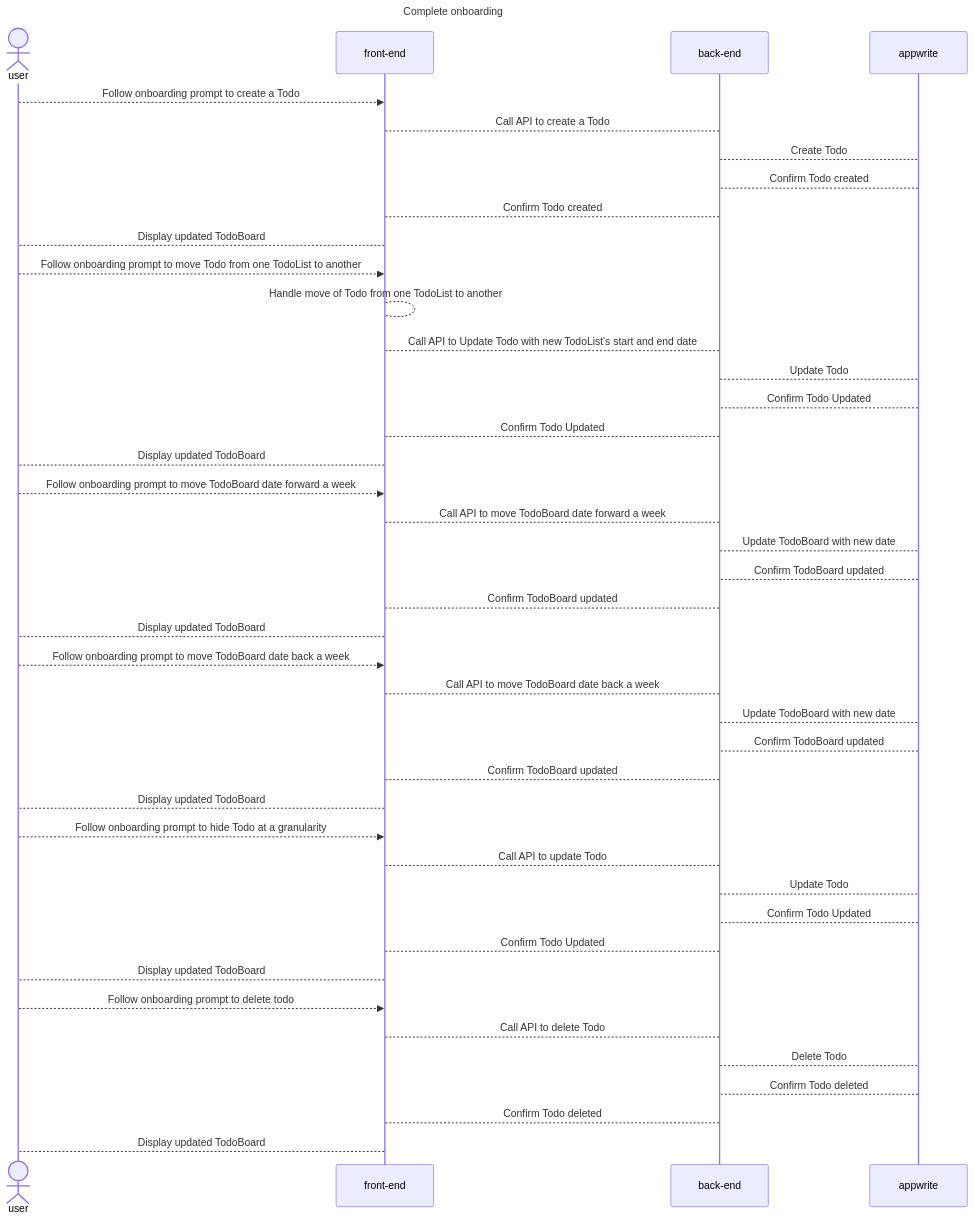
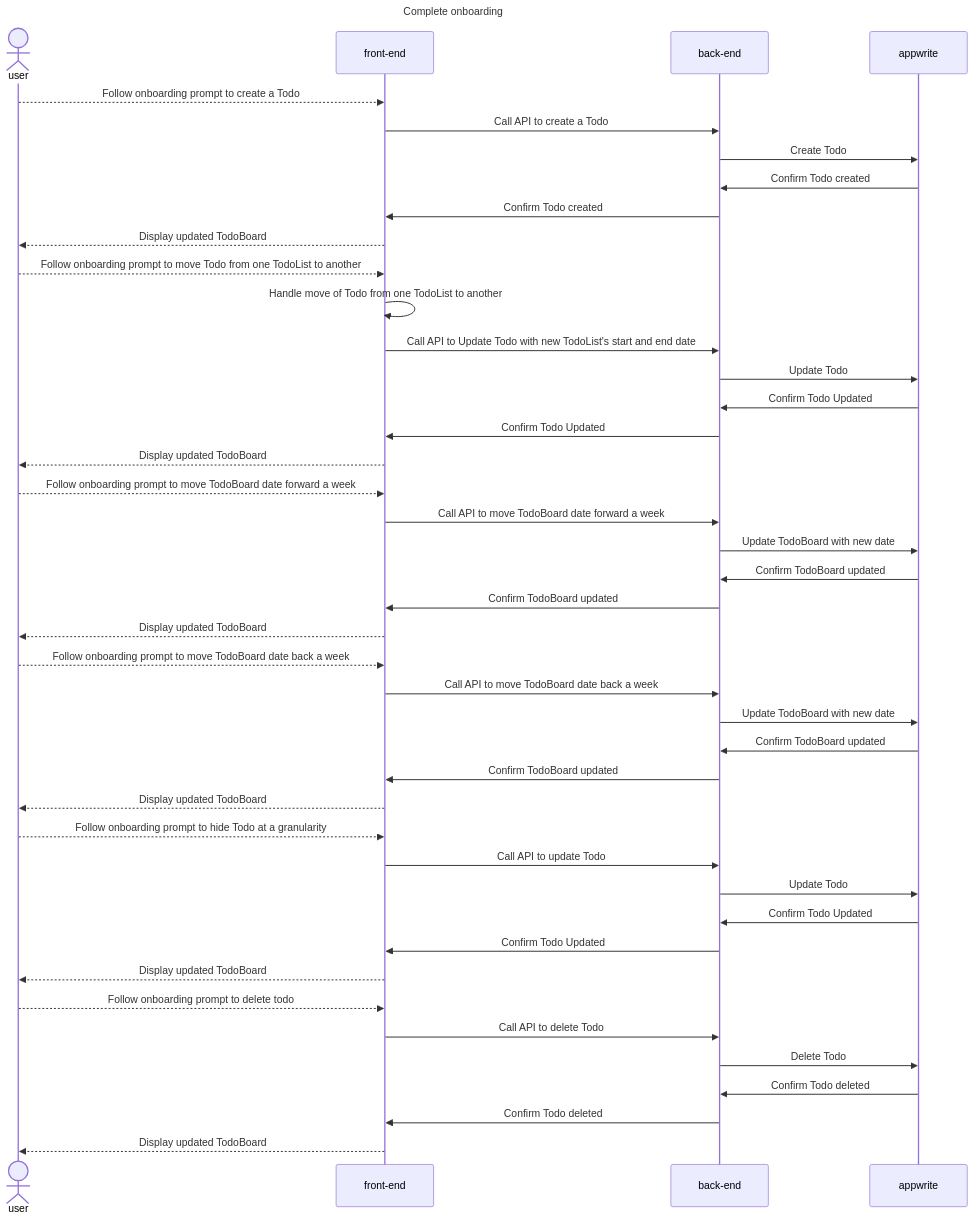
The fourth of 6 diagrams in docs/user-flows/account/flows/creating-an-account.md (colinfwren/atomic-todo), drawn with Mermaid before and after one commit. The commit also changed other lines of this file, not shown here.

Commit message:
Fixing arrows in sequence diagrams

````diff
--- a/docs/user-flows/account/flows/creating-an-account.md
+++ b/docs/user-flows/account/flows/creating-an-account.md
@@ -102,53 +102,53 @@
 ```mermaid
 ---
 title: Complete onboarding
 ---
 sequenceDiagram
     actor user
     participant front-end
     participant back-end
     participant appwrite
 
     user-->>front-end: Follow onboarding prompt to create a Todo
-    front-end-->back-end: Call API to create a Todo
-    back-end-->appwrite: Create Todo
-    appwrite-->back-end: Confirm Todo created
-    back-end-->front-end: Confirm Todo created
-    front-end-->user: Display updated TodoBoard
+    front-end->>back-end: Call API to create a Todo
+    back-end->>appwrite: Create Todo
+    appwrite->>back-end: Confirm Todo created
+    back-end->>front-end: Confirm Todo created
+    front-end-->>user: Display updated TodoBoard
 
     user-->>front-end: Follow onboarding prompt to move Todo from one TodoList to another
-    front-end-->front-end: Handle move of Todo from one TodoList to another
-    front-end-->back-end: Call API to Update Todo with new TodoList's start and end date
-    back-end-->appwrite: Update Todo
-    appwrite-->back-end: Confirm Todo Updated
-    back-end-->front-end: Confirm Todo Updated
-    front-end-->user: Display updated TodoBoard
+    front-end->>front-end: Handle move of Todo from one TodoList to another
+    front-end->>back-end: Call API to Update Todo with new TodoList's start and end date
+    back-end->>appwrite: Update Todo
+    appwrite->>back-end: Confirm Todo Updated
+    back-end->>front-end: Confirm Todo Updated
+    front-end-->>user: Display updated TodoBoard
 
     user-->>front-end: Follow onboarding prompt to move TodoBoard date forward a week
-    front-end-->back-end: Call API to move TodoBoard date forward a week
-    back-end-->appwrite: Update TodoBoard with new date
-    appwrite-->back-end: Confirm TodoBoard updated
-    back-end-->front-end: Confirm TodoBoard updated
-    front-end-->user: Display updated TodoBoard
+    front-end->>back-end: Call API to move TodoBoard date forward a week
+    back-end->>appwrite: Update TodoBoard with new date
+    appwrite->>back-end: Confirm TodoBoard updated
+    back-end->>front-end: Confirm TodoBoard updated
+    front-end-->>user: Display updated TodoBoard
 
     user-->>front-end: Follow onboarding prompt to move TodoBoard date back a week
-    front-end-->back-end: Call API to move TodoBoard date back a week
-    back-end-->appwrite: Update TodoBoard with new date
-    appwrite-->back-end: Confirm TodoBoard updated
-    back-end-->front-end: Confirm TodoBoard updated
-    front-end-->user: Display updated TodoBoard
+    front-end->>back-end: Call API to move TodoBoard date back a week
+    back-end->>appwrite: Update TodoBoard with new date
+    appwrite->>back-end: Confirm TodoBoard updated
+    back-end->>front-end: Confirm TodoBoard updated
+    front-end-->>user: Display updated TodoBoard
 
     user-->>front-end: Follow onboarding prompt to hide Todo at a granularity
-    front-end-->back-end: Call API to update Todo
-    back-end-->appwrite: Update Todo
-    appwrite-->back-end: Confirm Todo Updated
-    back-end-->front-end: Confirm Todo Updated
-    front-end-->user: Display updated TodoBoard
+    front-end->>back-end: Call API to update Todo
+    back-end->>appwrite: Update Todo
+    appwrite->>back-end: Confirm Todo Updated
+    back-end->>front-end: Confirm Todo Updated
+    front-end-->>user: Display updated TodoBoard
 
     user-->>front-end: Follow onboarding prompt to delete todo
-    front-end-->back-end: Call API to delete Todo
-    back-end-->appwrite: Delete Todo
-    appwrite-->back-end: Confirm Todo deleted
-    back-end-->front-end: Confirm Todo deleted
-    front-end-->user: Display updated TodoBoard
+    front-end->>back-end: Call API to delete Todo
+    back-end->>appwrite: Delete Todo
+    appwrite->>back-end: Confirm Todo deleted
+    back-end->>front-end: Confirm Todo deleted
+    front-end-->>user: Display updated TodoBoard
 ```
````
